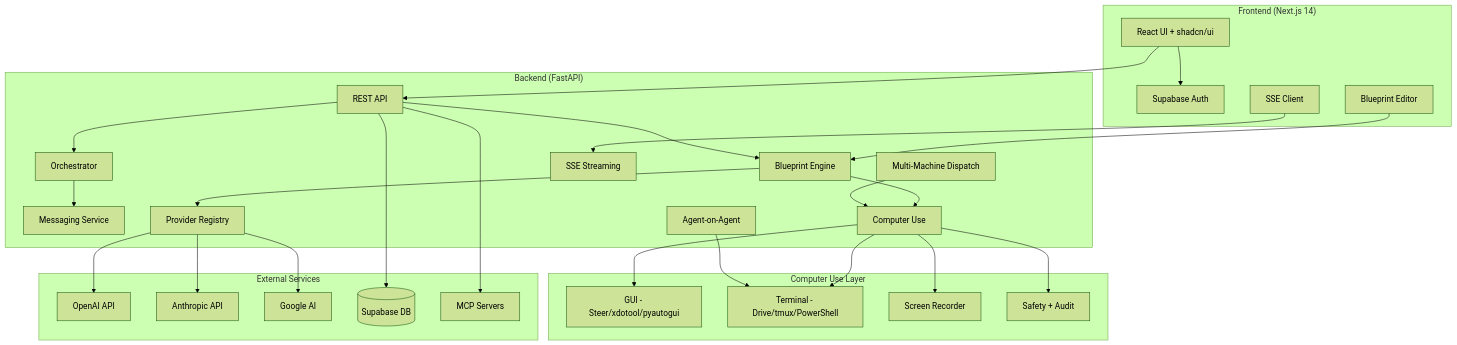
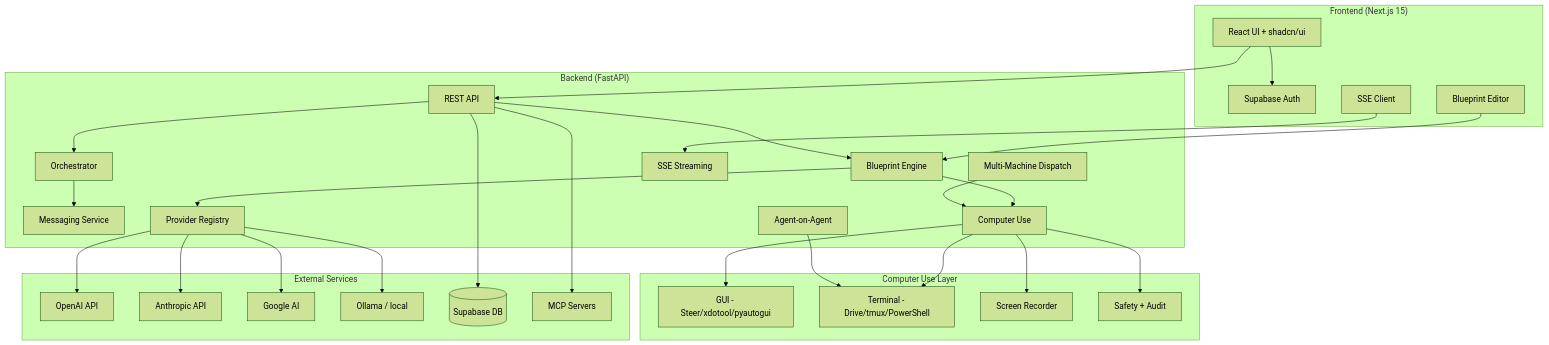
The diagram in README.md (AaronCx/Forge), drawn with Mermaid (forest theme) before and after one commit. The commit also changed other lines of this file and 27 other files, not shown here.

````diff
--- a/README.md
+++ b/README.md
@@ -103,57 +109,59 @@
 ```mermaid
 graph TB
-    subgraph Frontend["Frontend (Next.js 14)"]
+    subgraph Frontend["Frontend (Next.js 15)"]
         UI[React UI + shadcn/ui]
         Auth[Supabase Auth]
         SSE[SSE Client]
         Editor[Blueprint Editor]
     end
 
     subgraph Backend["Backend (FastAPI)"]
         API[REST API]
         Engine[Blueprint Engine]
         Orchestrator[Orchestrator]
         Messaging[Messaging Service]
         Providers[Provider Registry]
         CU[Computer Use]
         Dispatch[Multi-Machine Dispatch]
         Agents[Agent-on-Agent]
         Stream[SSE Streaming]
     end
 
     subgraph ComputerUse["Computer Use Layer"]
         Steer[GUI - Steer/xdotool/pyautogui]
         Drive[Terminal - Drive/tmux/PowerShell]
         Recorder[Screen Recorder]
         Safety[Safety + Audit]
     end
 
     subgraph External["External Services"]
         OpenAI[OpenAI API]
         Anthropic[Anthropic API]
         Google[Google AI]
+        Ollama[Ollama / local]
         Supabase[(Supabase DB)]
         MCP[MCP Servers]
     end
 
     UI --> API
     UI --> Auth
     SSE --> Stream
     Editor --> Engine
     API --> Engine
     API --> Orchestrator
     Engine --> Providers
     Engine --> CU
     CU --> Steer
     CU --> Drive
     CU --> Recorder
     CU --> Safety
     Dispatch --> CU
     Agents --> Drive
     Orchestrator --> Messaging
     Providers --> OpenAI
     Providers --> Anthropic
     Providers --> Google
+    Providers --> Ollama
     API --> Supabase
     API --> MCP
 ```
````
